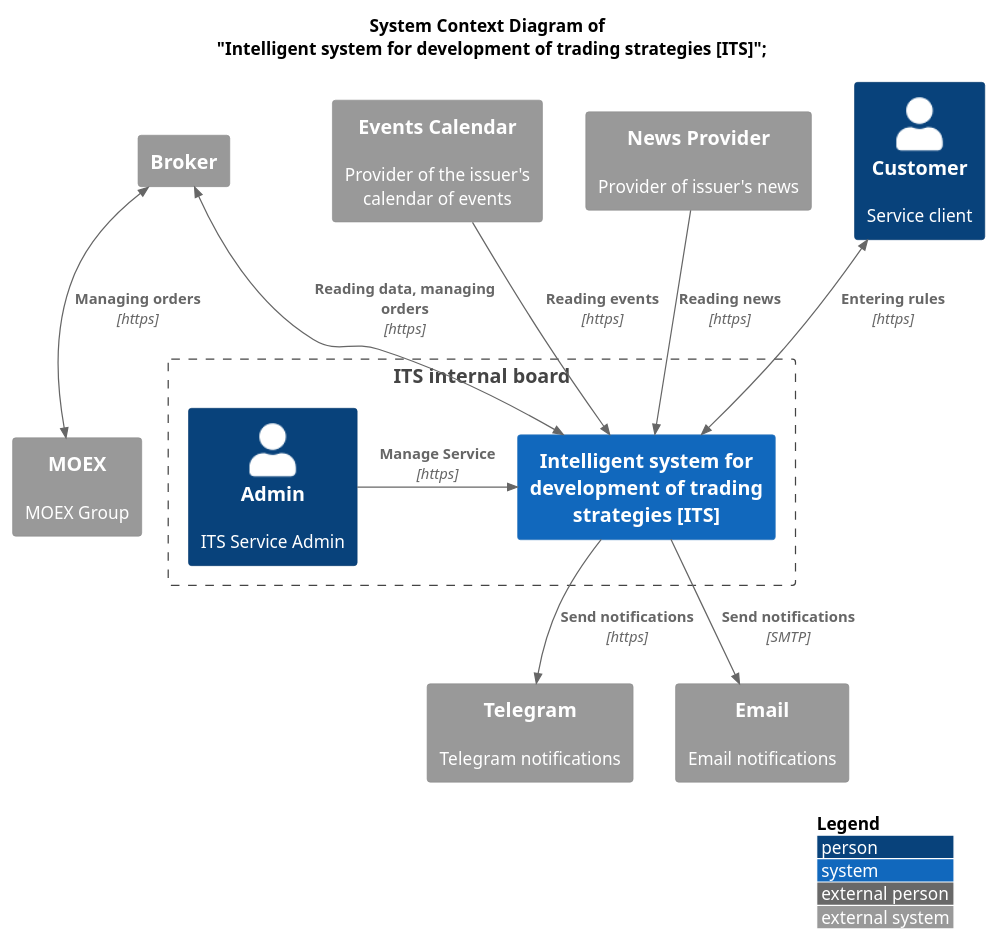
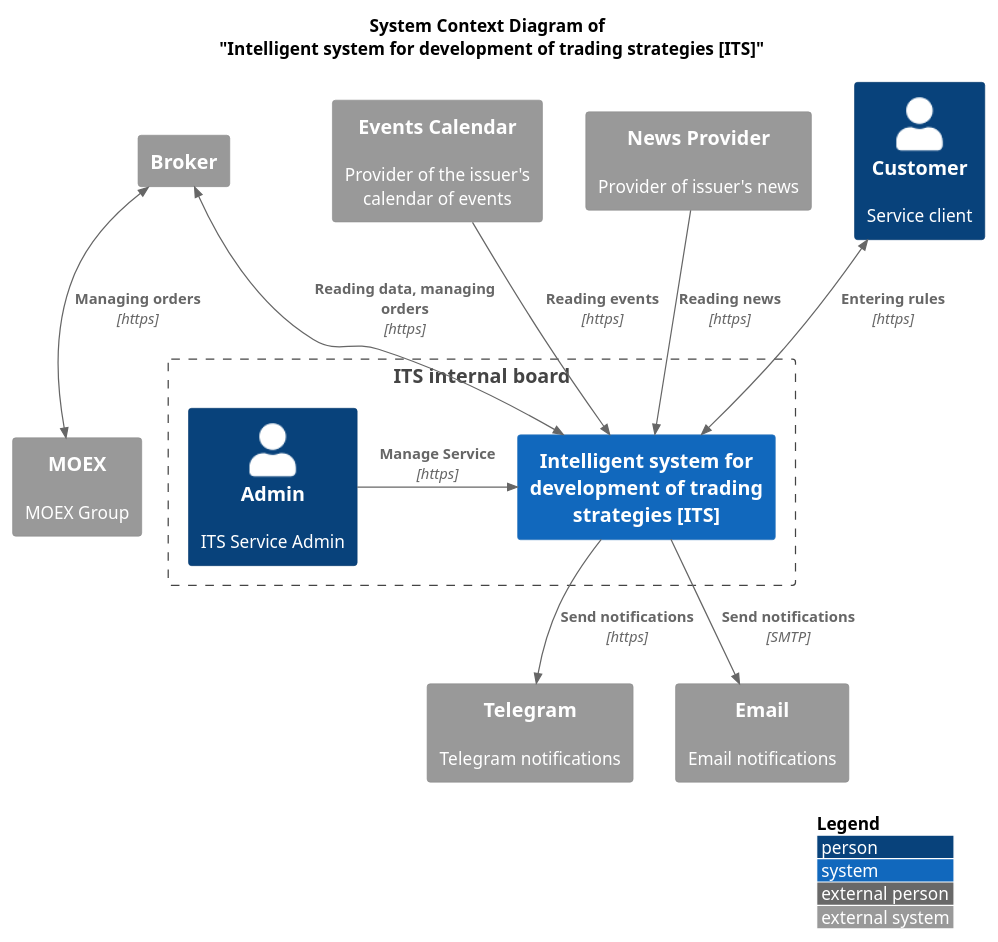
Before and after one commit to beilak/IntelligentTradingStrategies: the diagram in doc/c4/1_system_context_diagram/1_context.puml, drawn with PlantUML. The commit also changed 26 other files, not shown here.

```diff
--- a/doc/c4/1_system_context_diagram/1_context.puml
+++ b/doc/c4/1_system_context_diagram/1_context.puml
@@ -5,36 +5,36 @@
 @startuml
 !include https://raw.githubusercontent.com/plantuml-stdlib/C4-PlantUML/master/C4_Context.puml
 
 LAYOUT_TOP_DOWN()
 LAYOUT_WITH_LEGEND()
-title System Context Diagram of \n "Intelligent system for development of trading strategies [ITS]";
+title System Context Diagram of \n "Intelligent system for development of trading strategies [ITS]"
 
 Person(customer, "Customer", "Service client")
 
 Boundary(its_board, "ITS internal board") {
     Person(admin, "Admin", "ITS Service Admin")
     System(its, "Intelligent system for development of trading strategies [ITS]")
 }
 
 ' External systems
 System_Ext(moex, "MOEX", "MOEX Group")
 System_Ext(broker, "Broker", "")
 System_Ext(events_calendar, "Events Calendar", "Provider of the issuer's calendar of events")
 System_Ext(news_provider, "News Provider", "Provider of issuer's news")
 System_Ext(telegram, "Telegram", "Telegram notifications")
 System_Ext(mail_server, "Email", "Email notifications")
 
 
 ' Links
 Rel_Neighbor(admin, its, "Manage Service", "https")
 BiRel_D(customer, its, "Entering rules", "https")
 
 Rel(events_calendar, its, "Reading events", "https")
 Rel(news_provider, its, "Reading news", "https")
 Rel(its, telegram, "Send notifications", "https")
 Rel(its, mail_server, "Send notifications", "SMTP")
 
 BiRel_D(broker, its, "Reading data, managing orders", "https")
 BiRel_D(broker, moex, "Managing orders", "https")
 
 @enduml
```
